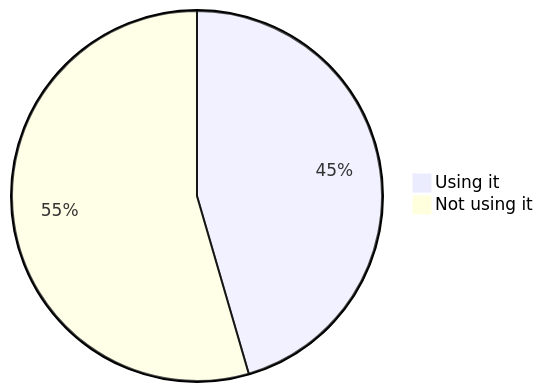
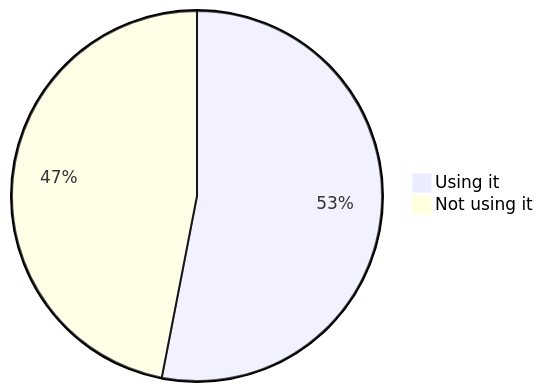
Before and after one commit to oshp/oshp-stats: the second of 22 diagrams in stats.md, drawn with Mermaid. The commit also changed other lines of this file, not shown here.

````diff
--- a/stats.md
+++ b/stats.md
@@ -22,6 +22,6 @@
 ```mermaid
 pie
-	"Using it" : 45.49
-	"Not using it" : 54.51
+	"Using it" : 53.05
+	"Not using it" : 46.95
 
 ```
````
